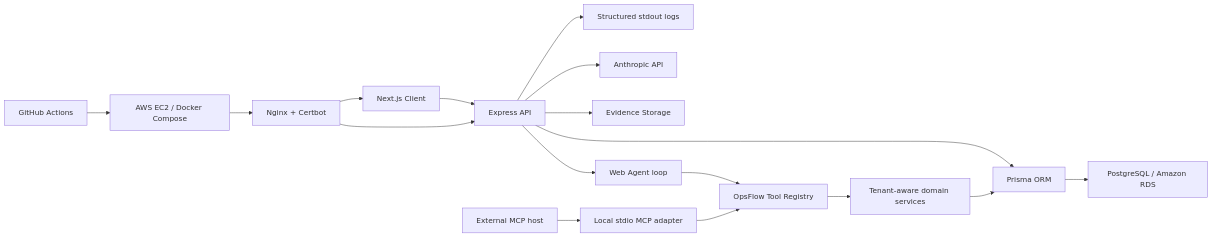
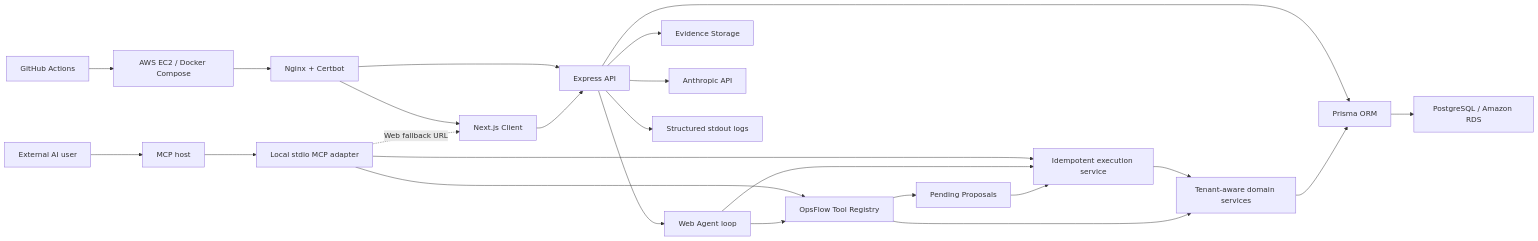
The diagram in README.md (shuttle666/opsflow), drawn with Mermaid before and after one commit. The commit also changed other lines of this file and 1 other file, not shown here.

Commit message:
docs: document conversational approval and web fallback

````diff
--- a/README.md
+++ b/README.md
@@ -85,19 +85,26 @@
 ```mermaid
 flowchart LR
   Browser["Next.js Client"] --> Api["Express API"]
   Api --> WebAgent["Web Agent loop"]
-  McpHost["External MCP host"] --> Stdio["Local stdio MCP adapter"]
+  McpUser["External AI user"] --> McpHost["MCP host"]
+  McpHost --> Stdio["Local stdio MCP adapter"]
   WebAgent --> Registry["OpsFlow Tool Registry"]
   Stdio --> Registry
+  Registry --> Proposals["Pending Proposals"]
+  Proposals --> Executor["Idempotent execution service"]
+  WebAgent --> Executor
+  Stdio --> Executor
+  Stdio -. "Web fallback URL" .-> Browser
   Registry --> Services["Tenant-aware domain services"]
+  Executor --> Services
   Services --> Prisma
   Api --> Prisma["Prisma ORM"]
   Prisma --> Postgres["PostgreSQL / Amazon RDS"]
   Api --> Storage["Evidence Storage"]
   Api --> AI["Anthropic API"]
   Api --> Logs["Structured stdout logs"]
   Github["GitHub Actions"] --> EC2["AWS EC2 / Docker Compose"]
   EC2 --> Nginx["Nginx + Certbot"]
   Nginx --> Api
   Nginx --> Browser
 ```
````
